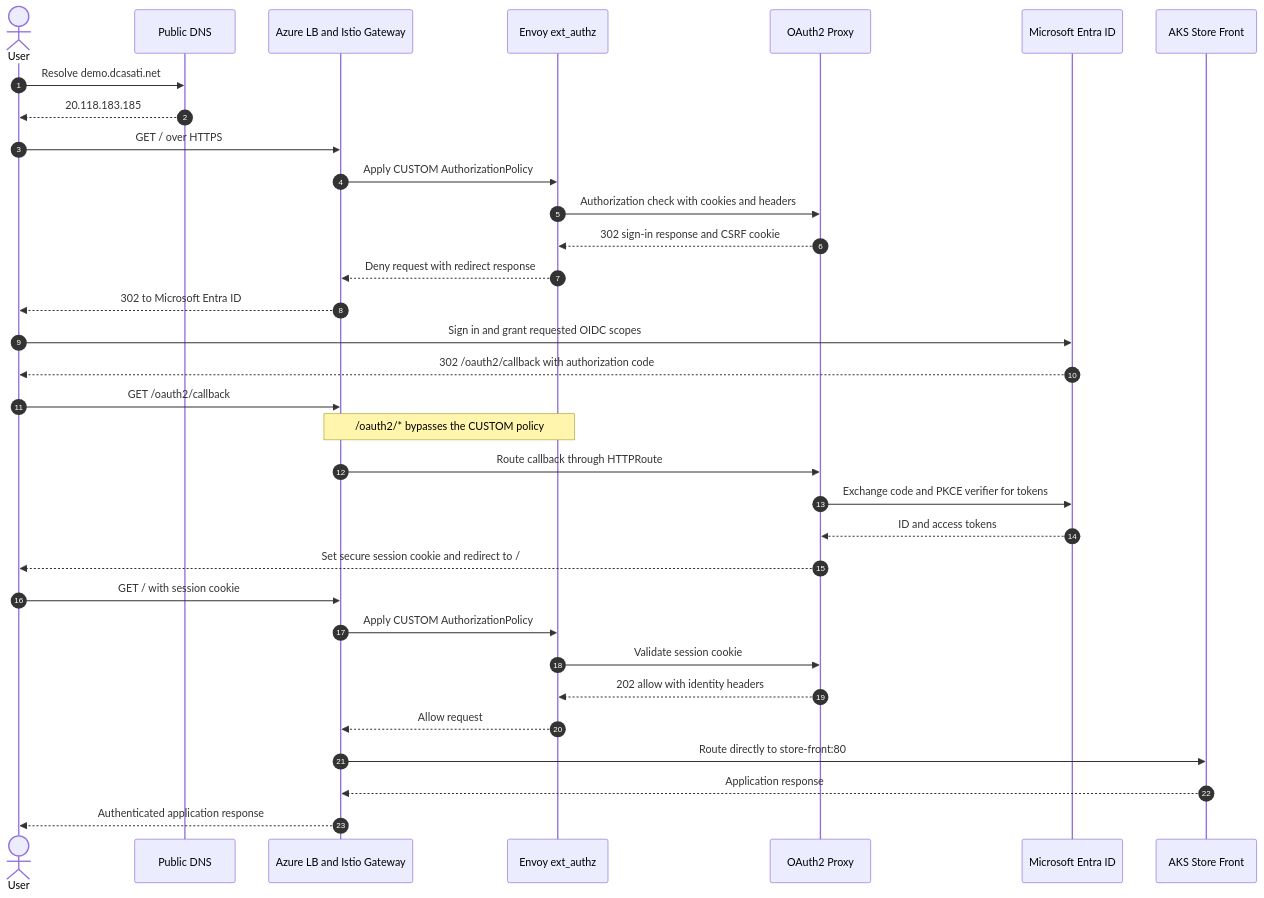
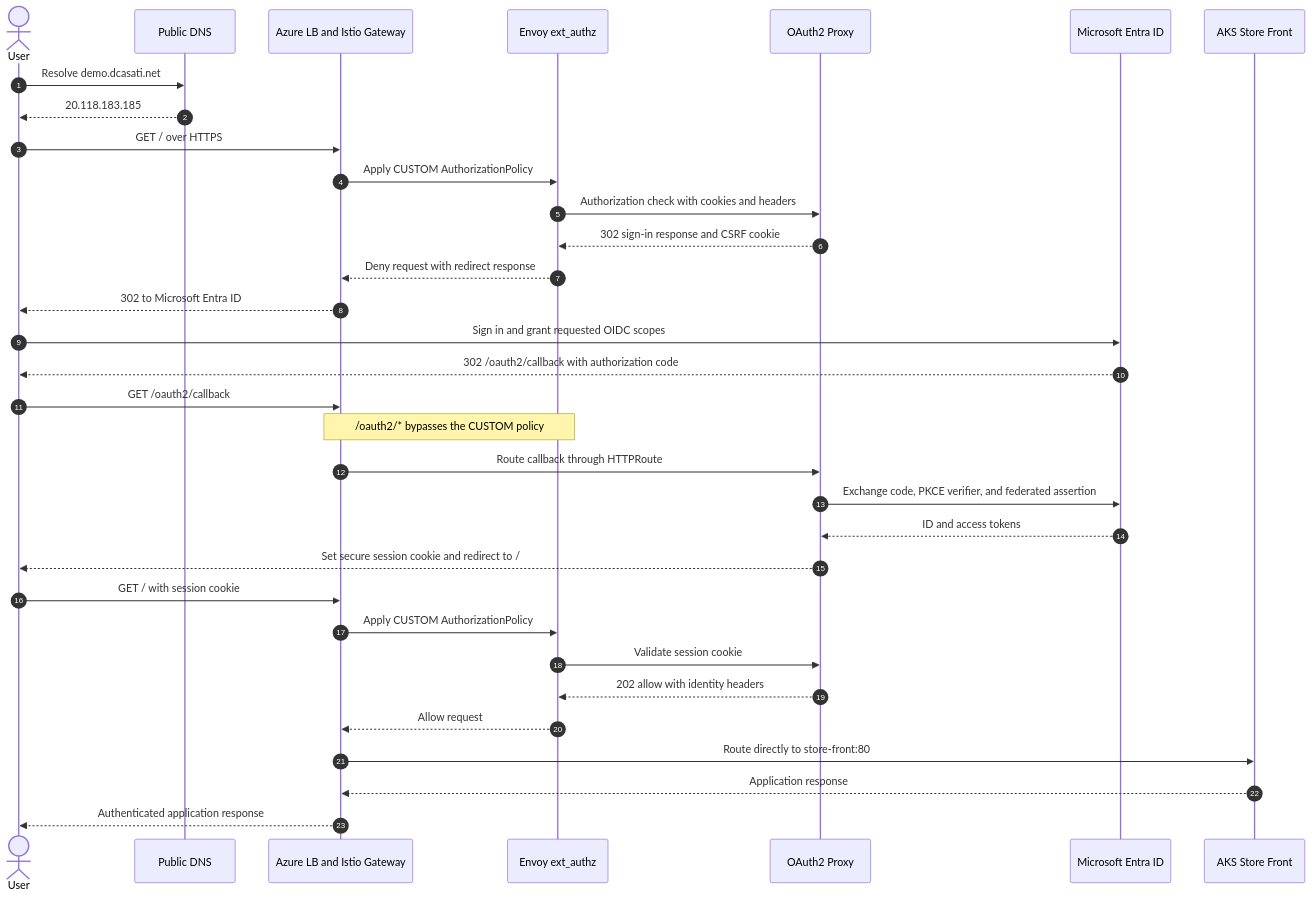
One commit to dcasati/aks-multiple-istio-ingress changed the diagram in README.md. Above: the diagram before and after it, drawn with Mermaid. The commit also changed other lines of this file and 4 other files, not shown here.

Commit message:
Use federated identity for oauth2-proxy

````diff
--- a/README.md
+++ b/README.md
@@ -38,38 +38,38 @@
 ```mermaid
 sequenceDiagram
   autonumber
   actor User
   participant DNS as Public DNS
   participant Gateway as Azure LB and Istio Gateway
   participant Authz as Envoy ext_authz
   participant Proxy as OAuth2 Proxy
   participant Entra as Microsoft Entra ID
   participant Store as AKS Store Front
 
   User->>DNS: Resolve demo.dcasati.net
   DNS-->>User: 20.118.183.185
   User->>Gateway: GET / over HTTPS
   Gateway->>Authz: Apply CUSTOM AuthorizationPolicy
   Authz->>Proxy: Authorization check with cookies and headers
   Proxy-->>Authz: 302 sign-in response and CSRF cookie
   Authz-->>Gateway: Deny request with redirect response
   Gateway-->>User: 302 to Microsoft Entra ID
 
   User->>Entra: Sign in and grant requested OIDC scopes
   Entra-->>User: 302 /oauth2/callback with authorization code
   User->>Gateway: GET /oauth2/callback
   Note over Gateway,Authz: /oauth2/* bypasses the CUSTOM policy
   Gateway->>Proxy: Route callback through HTTPRoute
-  Proxy->>Entra: Exchange code and PKCE verifier for tokens
+  Proxy->>Entra: Exchange code, PKCE verifier, and federated assertion
   Entra-->>Proxy: ID and access tokens
   Proxy-->>User: Set secure session cookie and redirect to /
 
   User->>Gateway: GET / with session cookie
   Gateway->>Authz: Apply CUSTOM AuthorizationPolicy
   Authz->>Proxy: Validate session cookie
   Proxy-->>Authz: 202 allow with identity headers
   Authz-->>Gateway: Allow request
   Gateway->>Store: Route directly to store-front:80
   Store-->>Gateway: Application response
   Gateway-->>User: Authenticated application response
 ```
````
